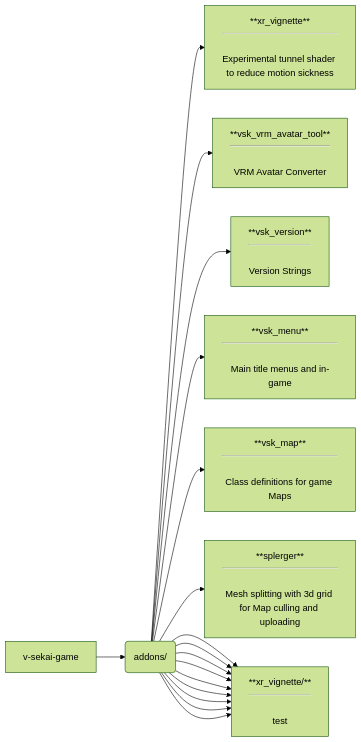
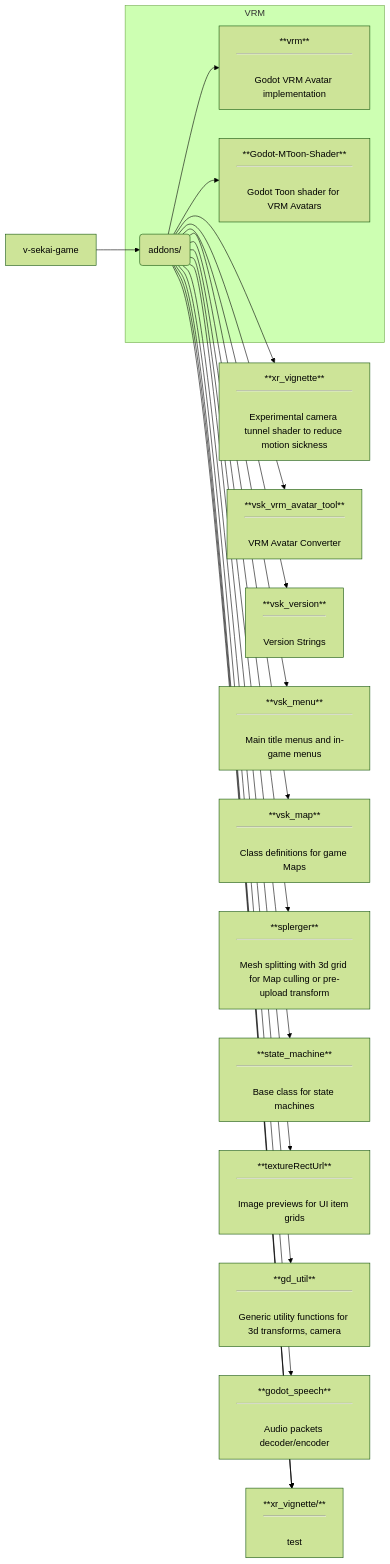
One commit to dragonhunt02/v-sekai-game changed the first of 2 diagrams in test.md. Above: the diagram before and after it, drawn with Mermaid (forest theme).

````diff
--- a/test.md
+++ b/test.md
@@ -1,20 +1,22 @@
 ```mermaid
 flowchart LR
     A[v-sekai-game] --> B(addons/)
-    B --> addon0[**xr_vignette**<hr></br>Experimental tunnel shader to reduce motion sickness]
+    B --> addon0[**xr_vignette**<hr></br>Experimental camera tunnel shader to reduce motion sickness]
     B --> addon1[**vsk_vrm_avatar_tool**<hr></br>VRM Avatar Converter]
     B --> addon2[**vsk_version**<hr></br>Version Strings]
-    B --> addon3[**vsk_menu**<hr></br>Main title menus and in-game]
+    B --> addon3[**vsk_menu**<hr></br>Main title menus and in-game menus]
     B --> addon4[**vsk_map**<hr></br>Class definitions for game Maps]
-    B --> addon5[**splerger**<hr></br>Mesh splitting with 3d grid for Map culling and uploading]
-    B --> addon[**xr_vignette/**<hr></br>test]
-    B --> addon[**xr_vignette/**<hr></br>test]
-    B --> addon[**xr_vignette/**<hr></br>test]
-    B --> addon[**xr_vignette/**<hr></br>test]
-    B --> addon[**xr_vignette/**<hr></br>test]
-    B --> addon[**xr_vignette/**<hr></br>test]
+    B --> addon5[**splerger**<hr></br>Mesh splitting with 3d grid for Map culling or pre-upload transform]
+    B --> addon6[**state_machine**<hr></br>Base class for state machines]
+    B --> addon7[**textureRectUrl**<hr></br>Image previews for UI item grids]
+    B --> addon8[**gd_util**<hr></br>Generic utility functions for 3d transforms, camera]
+    B --> addon9[**godot_speech**<hr></br>Audio packets decoder/encoder]
+    subgraph VRM
+    B --> addon10[**vrm**<hr></br>Godot VRM Avatar implementation]
+    B --> addon11[**Godot-MToon-Shader**<hr></br>Godot Toon shader for VRM Avatars]
+    end
     B --> addon[**xr_vignette/**<hr></br>test]
     B --> addon[**xr_vignette/**<hr></br>test]
     B --> addon[**xr_vignette/**<hr></br>test]
 
 ```
````
